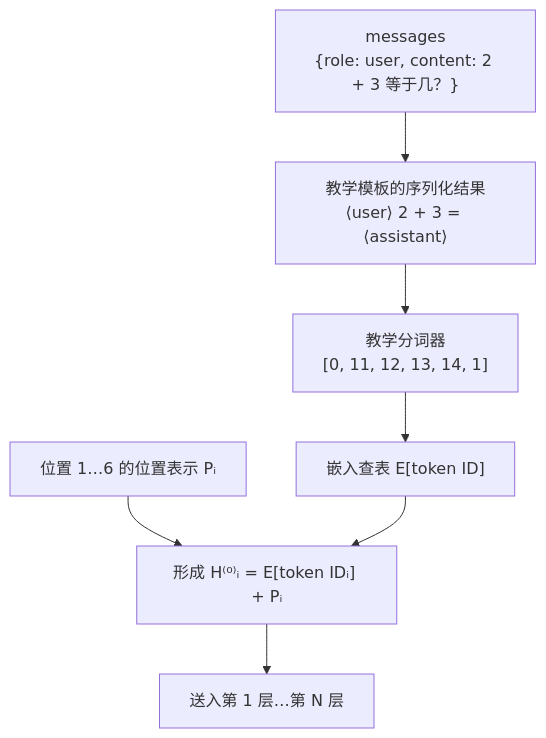
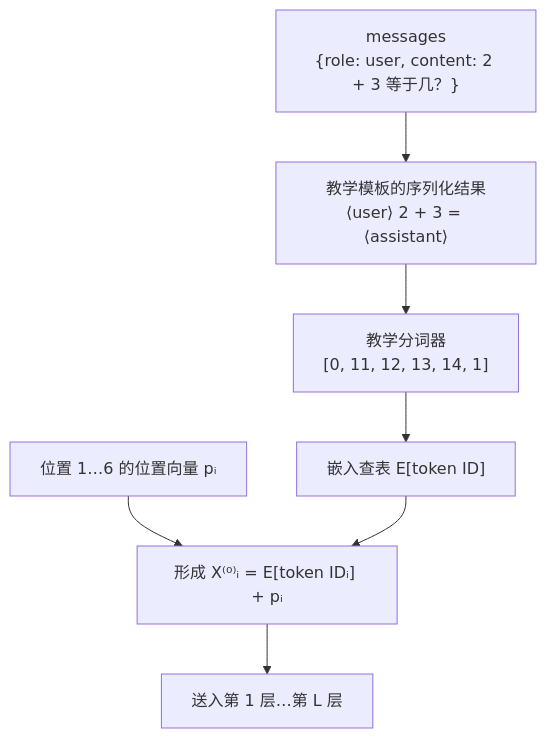
One commit to yeasy/llm_internals changed the second of 7 diagrams in 03_components/3.8_gpt_inference_flow.md. Above: the diagram before and after it, drawn with Mermaid. The commit also changed other lines of this file, not shown here.

````diff
--- a/03_components/3.8_gpt_inference_flow.md
+++ b/03_components/3.8_gpt_inference_flow.md
@@ -30,9 +52,9 @@
 ```mermaid
 flowchart TB
     messages["messages<br/>{role: user, content: 2 + 3 等于几？}"] --> serialized["教学模板的序列化结果<br/>⟨user⟩ 2 + 3 = ⟨assistant⟩"]
     serialized --> tokenize["教学分词器<br/>[0, 11, 12, 13, 14, 1]"]
     tokenize --> lookup["嵌入查表 E[token ID]"]
-    position["位置 1…6 的位置表示 Pᵢ"] --> add["形成 H⁽⁰⁾ᵢ = E[token IDᵢ] + Pᵢ"]
+    position["位置 1…6 的位置向量 pᵢ"] --> add["形成 X⁽⁰⁾ᵢ = E[token IDᵢ] + pᵢ"]
     lookup --> add
-    add --> blocks["送入第 1 层…第 N 层"]
+    add --> blocks["送入第 1 层…第 L 层"]
 ```
````
